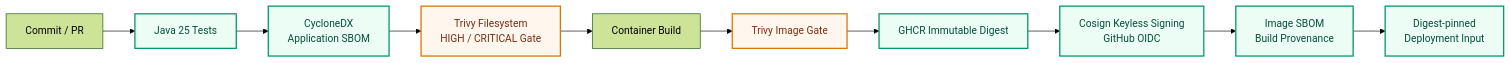
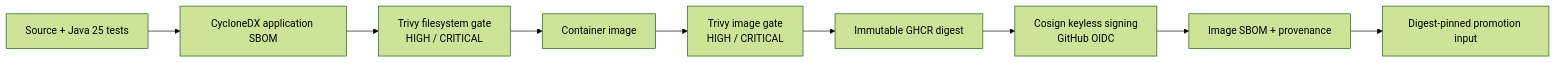
Before and after one commit to ravan-chuang/spring-boot-ecommerce-backend: the third of 4 diagrams in SpringBoot_Backend_Engineering_Summary.md, drawn with Mermaid (forest theme). The commit also changed other lines of this file and 1 other file, not shown here.

Commit message:
docs: refine Phase 8 evidence documentation (#43)

````diff
--- a/SpringBoot_Backend_Engineering_Summary.md
+++ b/SpringBoot_Backend_Engineering_Summary.md
@@ -354,17 +297,11 @@
 ```mermaid
 flowchart LR
-    Source["Commit / PR"] --> Test["Java 25 Tests"]
-    Test --> AppSBOM["CycloneDX<br/>Application SBOM"]
-    AppSBOM --> FSScan["Trivy Filesystem<br/>HIGH / CRITICAL Gate"]
-    FSScan --> Build["Container Build"]
-    Build --> ImageScan["Trivy Image Gate"]
-    ImageScan --> Digest["GHCR Immutable Digest"]
-    Digest --> Sign["Cosign Keyless Signing<br/>GitHub OIDC"]
-    Sign --> Evidence["Image SBOM<br/>Build Provenance"]
-    Evidence --> Promote["Digest-pinned<br/>Deployment Input"]
-
-    classDef verified fill:#ecfdf5,stroke:#059669,stroke-width:2px,color:#064e3b;
-    classDef gate fill:#fff7ed,stroke:#d97706,stroke-width:2px,color:#7c2d12;
-    class Test,AppSBOM,Digest,Sign,Evidence,Promote verified;
-    class FSScan,ImageScan gate;
+    Source["Source + Java 25 tests"] --> AppSBOM["CycloneDX application SBOM"]
+    AppSBOM --> FSScan["Trivy filesystem gate<br/>HIGH / CRITICAL"]
+    FSScan --> Image["Container image"]
+    Image --> ImageScan["Trivy image gate<br/>HIGH / CRITICAL"]
+    ImageScan --> Digest["Immutable GHCR digest"]
+    Digest --> Sign["Cosign keyless signing<br/>GitHub OIDC"]
+    Sign --> Evidence["Image SBOM + provenance"]
+    Evidence --> Promote["Digest-pinned promotion input"]
 ```
````
